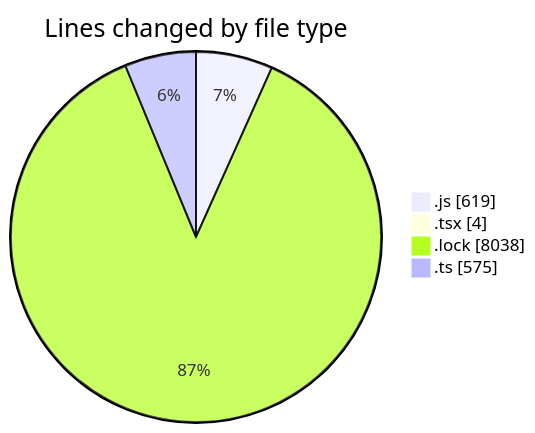
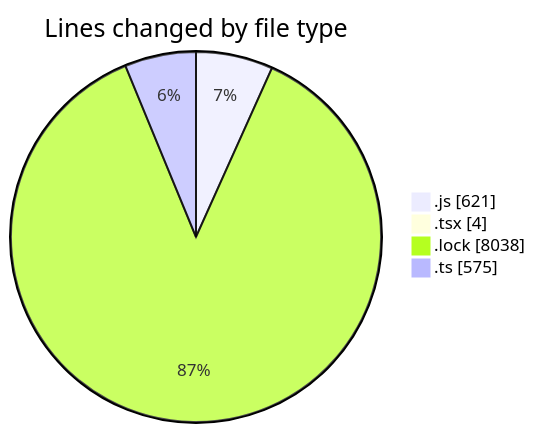
Before and after one commit to momahboobian/code-tracking: the first of 2 diagrams in 2025-03-11/cda/README.md, drawn with Mermaid. The commit also changed other lines of this file and 1 other file, not shown here.

````diff
--- a/2025-03-11/cda/README.md
+++ b/2025-03-11/cda/README.md
@@ -34,8 +34,8 @@
 ```mermaid
 pie showData
 title Lines changed by file type
-".js" : 619
+".js" : 621
 ".tsx" : 4
 ".lock" : 8038
 ".ts" : 575
 ```
````
